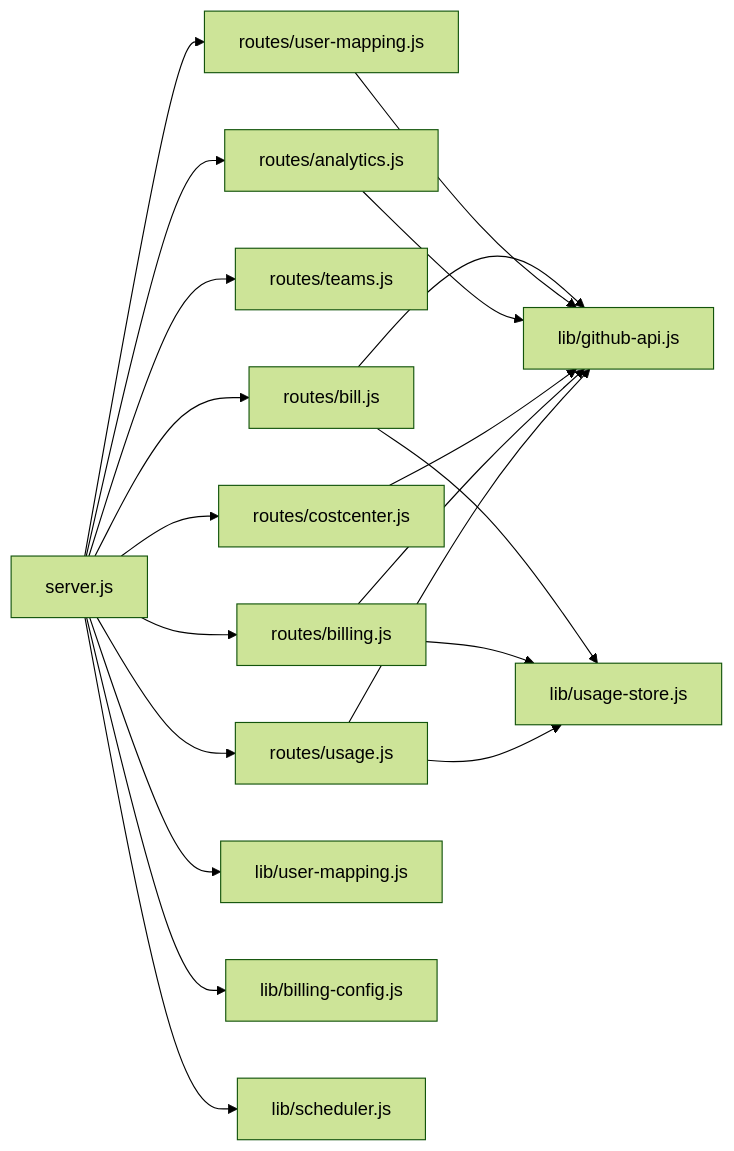
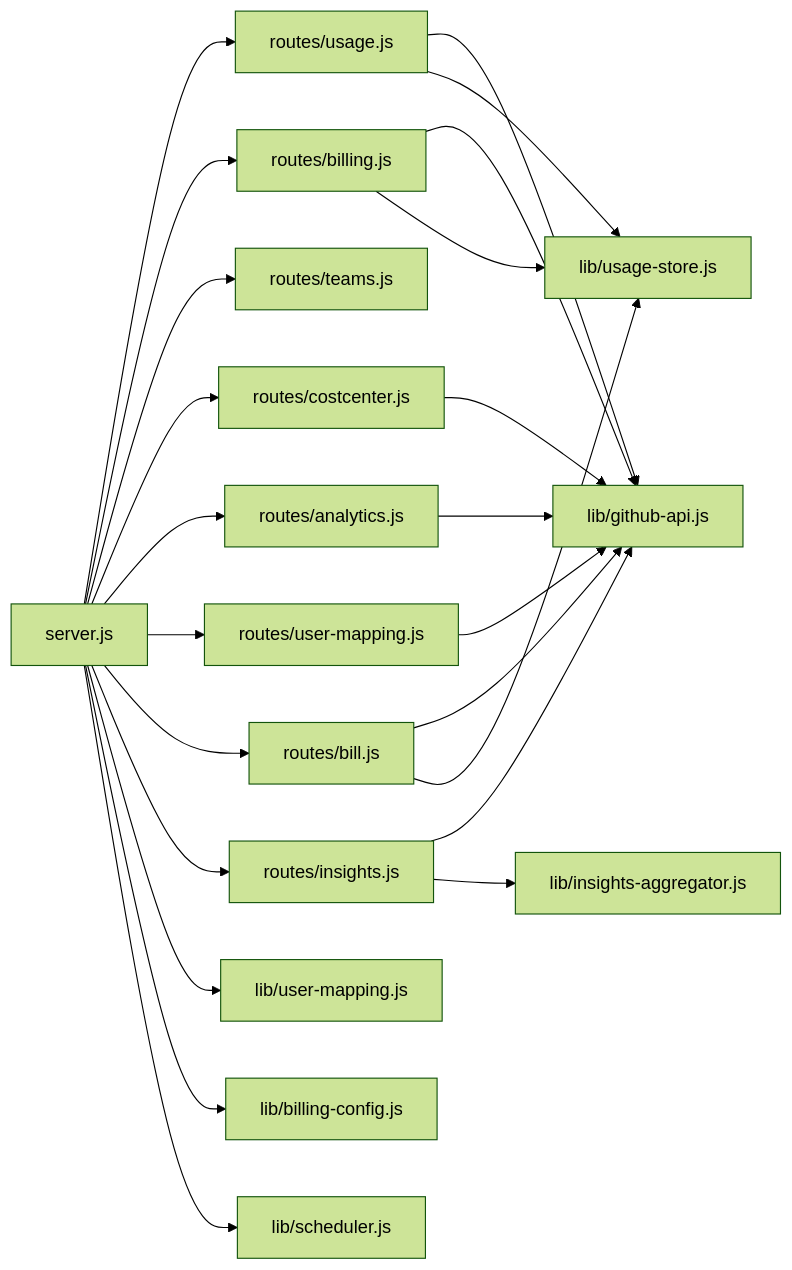
One commit to kissingwolf/CopilotEnterpriseUsageDisplay changed diagram 11 of 11 in .qoder/repowiki/zh/content/项目概述/项目介绍.md. Above: the diagram before and after it, drawn with Mermaid (forest theme). The commit also changed other lines of this file and 4 other files, not shown here.

````diff
--- a/.qoder/repowiki/zh/content/项目概述/项目介绍.md
+++ b/.qoder/repowiki/zh/content/项目概述/项目介绍.md
@@ -356,22 +506,25 @@
 ```mermaid
 graph LR
 S["server.js"] --> RS["routes/usage.js"]
 S --> RB["routes/billing.js"]
 S --> RT["routes/teams.js"]
 S --> RC["routes/costcenter.js"]
 S --> RA["routes/analytics.js"]
 S --> RU["routes/user-mapping.js"]
 S --> RBi["routes/bill.js"]
+S --> RI["routes/insights.js"]
 RS --> GH["lib/github-api.js"]
 RB --> GH
 RC --> GH
 RA --> GH
 RU --> GH
 RBi --> GH
+RI --> GH
 RS --> US["lib/usage-store.js"]
 RB --> US
 RBi --> US
+RI --> IA["lib/insights-aggregator.js"]
 S --> UM["lib/user-mapping.js"]
 S --> BC["lib/billing-config.js"]
 S --> SCH["lib/scheduler.js"]
 ```
````
